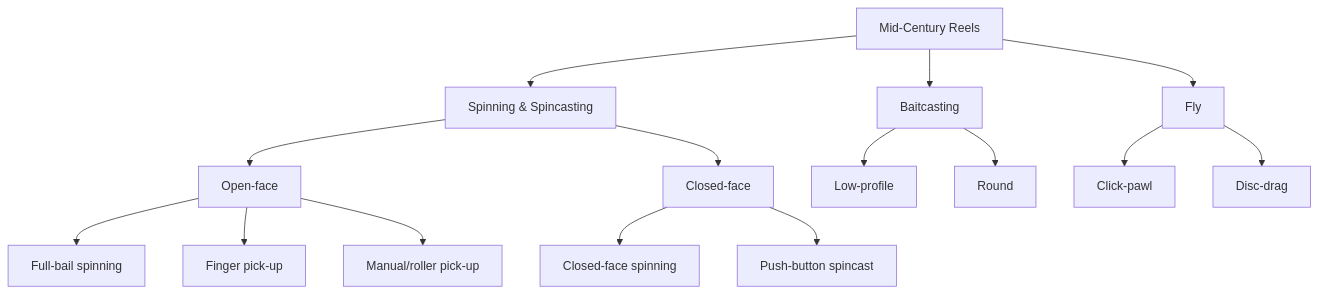
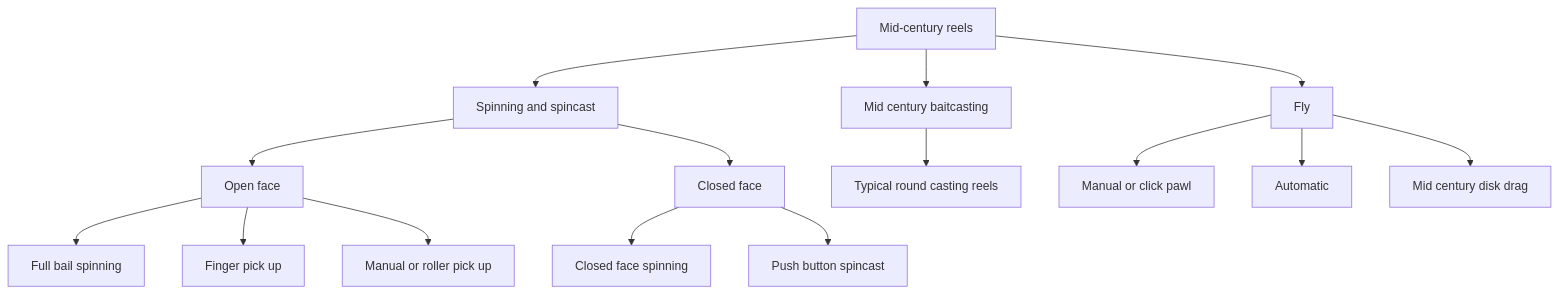
The diagram in docs/reel-taxonomy.md (john-tech-writer/vintage-reel-service-guides), drawn with Mermaid before and after one commit. The commit also changed other lines of this file and 7 other files, not shown here.

````diff
--- a/docs/reel-taxonomy.md
+++ b/docs/reel-taxonomy.md
@@ -11,24 +11,24 @@
 ```mermaid
 
 flowchart TD
-  A[Mid-Century Reels]
-  A --> S[Spinning & Spincasting]
-  A --> B[Baitcasting]
+  A[Mid-century reels]
+  A --> S[Spinning and spincast]
+  A --> B[Mid century baitcasting]
   A --> F[Fly]
 
-  S --> S1[Open-face]
-  S --> S2[Closed-face]
+  S --> S1[Open face]
+  S --> S2[Closed face]
 
-  S1 --> B1[Full-bail spinning]
-  S1 --> B2[Finger pick-up]
-  S1 --> B3[Manual/roller pick-up]
+  S1 --> B1[Full bail spinning]
+  S1 --> B2[Finger pick up]
+  S1 --> B3[Manual or roller pick up]
 
-  S2 --> C1[Closed-face spinning]
-  S2 --> C2[Push-button spincast]
+  S2 --> C1[Closed face spinning]
+  S2 --> C2[Push button spincast]
 
-  B --> Bait1[Low-profile]
-  B --> Bait2[Round]
+  B --> Bait1[Typical round casting reels]
 
-  F --> Fly1[Click-pawl]
-  F --> Fly2[Disc-drag]
+  F --> Fly1[Manual or click pawl]
+  F --> Fly2[Automatic]
+  F --> Fly3[Mid century disk drag]
 ```
````
